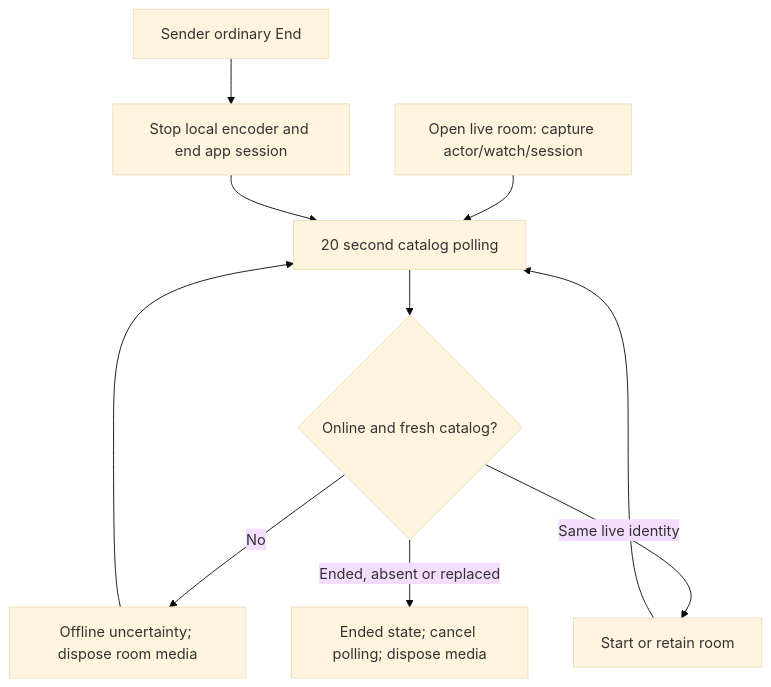
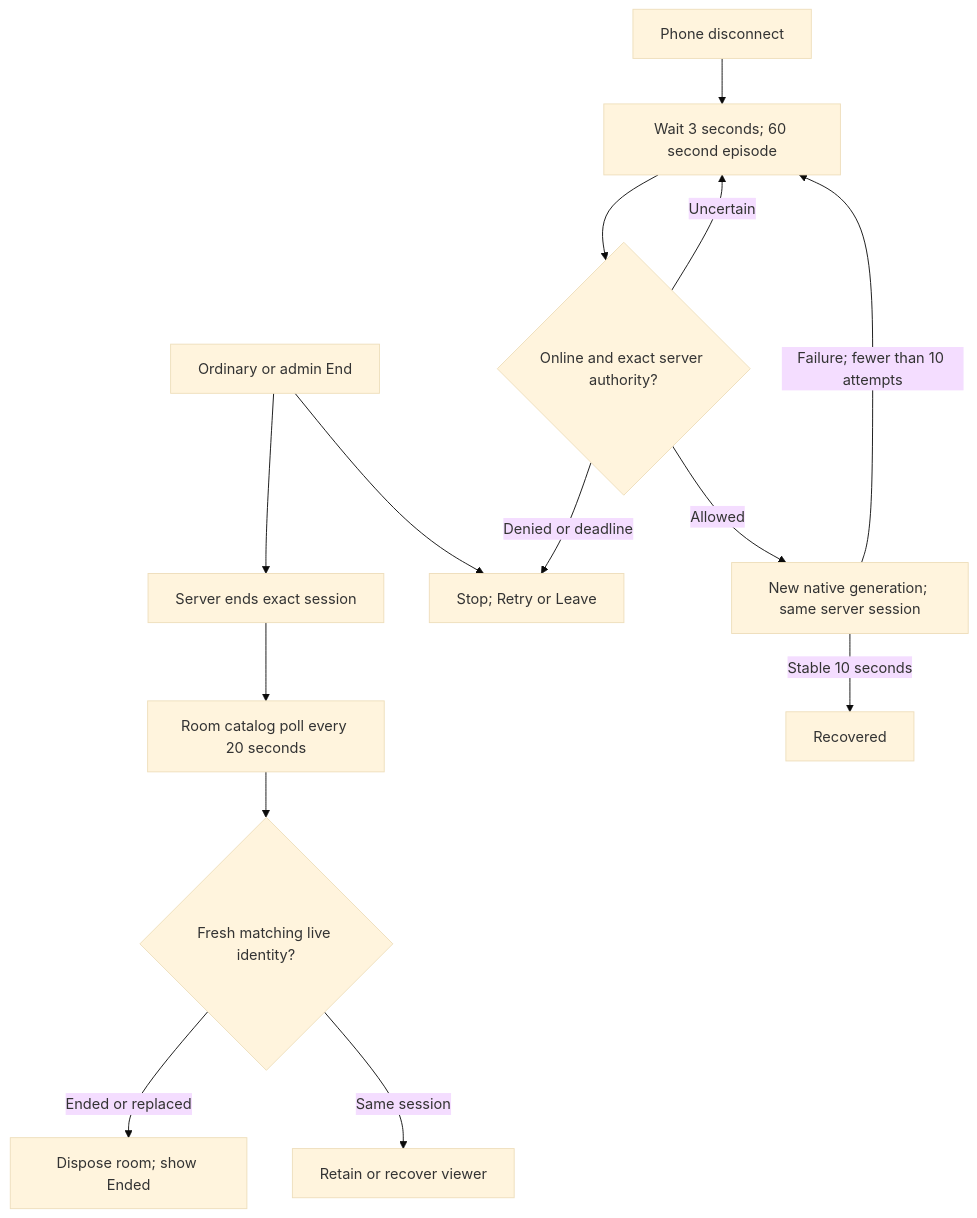
Before and after one commit to ameeralhatemi67-debug/Stream_application: the first of 2 diagrams in brief/evidence/2026-09-26/p6s-wave4v2/REPAIR_REPORT.md, drawn with Mermaid (base theme). The commit also changed other lines of this file and 47 other files, not shown here.

````diff
--- a/brief/evidence/2026-09-26/p6s-wave4v2/REPAIR_REPORT.md
+++ b/brief/evidence/2026-09-26/p6s-wave4v2/REPAIR_REPORT.md
@@ -20,12 +21,16 @@
 ```mermaid
 flowchart TD
-  A[Open live room: capture actor/watch/session] --> B[20 second catalog polling]
-  B --> C{Online and fresh catalog?}
-  C -->|No| D[Offline uncertainty; dispose room media]
-  D --> B
-  C -->|Same live identity| E[Start or retain room]
-  E --> B
-  C -->|Ended, absent or replaced| F[Ended state; cancel polling; dispose media]
-  G[Sender ordinary End] --> H[Stop local encoder and end app session]
-  H --> B
+  E[Ordinary or admin End] --> S[Server ends exact session]
+  S --> C[Room catalog poll every 20 seconds]
+  C --> F{Fresh matching live identity?}
+  F -->|Ended or replaced| X[Dispose room; show Ended]
+  F -->|Same session| V[Retain or recover viewer]
+  N[Phone disconnect] --> W[Wait 3 seconds; 60 second episode]
+  W --> A{Online and exact server authority?}
+  A -->|Uncertain| W
+  A -->|Denied or deadline| T[Stop; Retry or Leave]
+  A -->|Allowed| R[New native generation; same server session]
+  R -->|Failure; fewer than 10 attempts| W
+  R -->|Stable 10 seconds| L[Recovered]
+  E --> T
 ```
````
